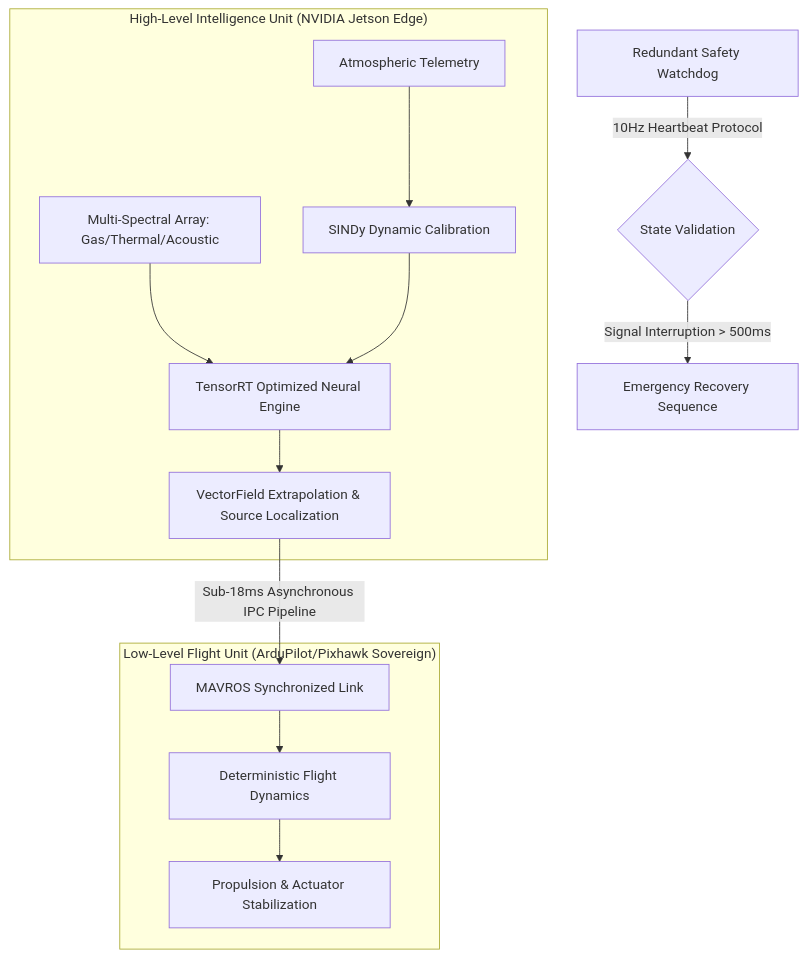
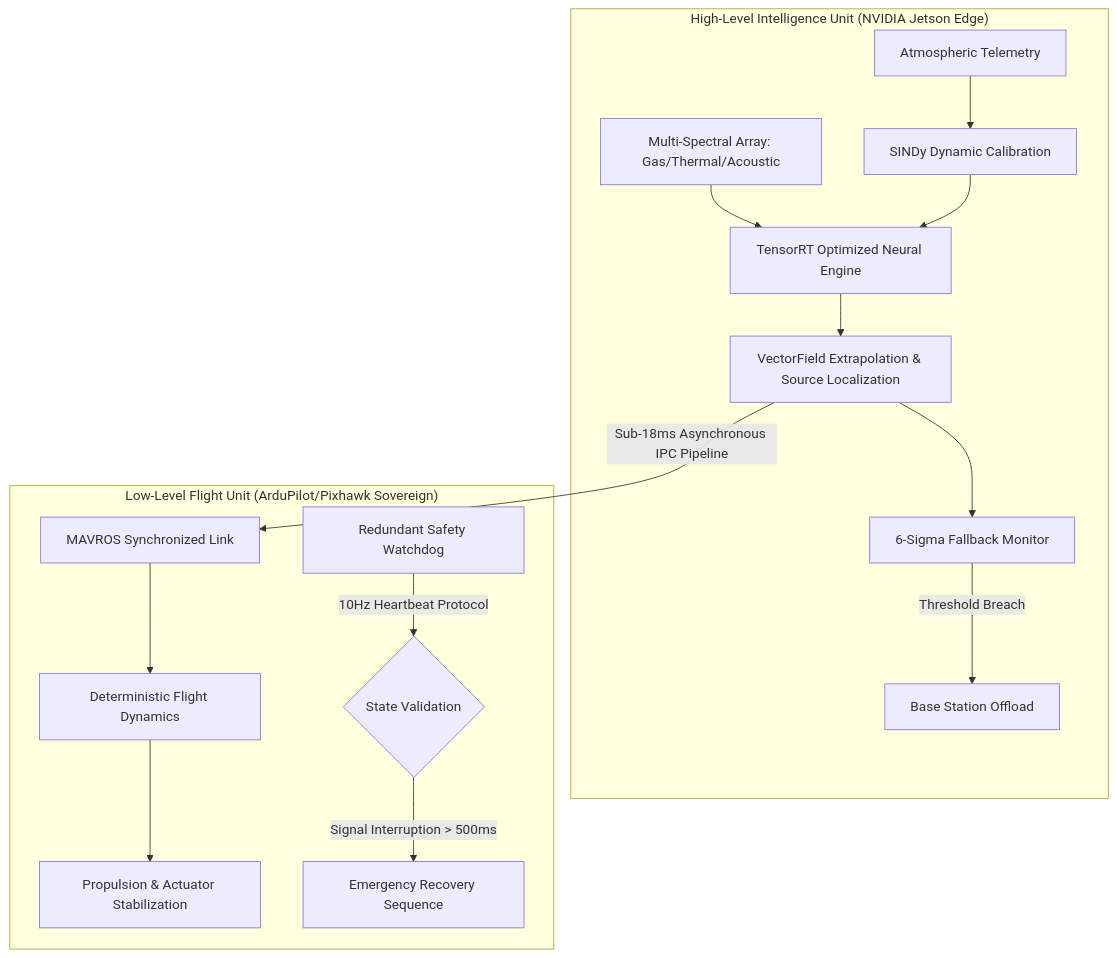
Before and after one commit to SourishSenapati/VECTORSENSE: the diagram in README.md, drawn with Mermaid. The commit also changed other lines of this file and 8 other files, not shown here.

````diff
--- a/README.md
+++ b/README.md
@@ -27,18 +35,20 @@
 ```mermaid
 graph TD
     subgraph "High-Level Intelligence Unit (NVIDIA Jetson Edge)"
         A[Multi-Spectral Array: Gas/Thermal/Acoustic] --> B[TensorRT Optimized Neural Engine]
         C[Atmospheric Telemetry] --> D[SINDy Dynamic Calibration]
         D --> B
         B --> E[VectorField Extrapolation & Source Localization]
+        E --> L[6-Sigma Fallback Monitor]
+        L -- Threshold Breach --> M[Base Station Offload]
     end
 
     subgraph "Low-Level Flight Unit (ArduPilot/Pixhawk Sovereign)"
         F[MAVROS Synchronized Link] --> G[Deterministic Flight Dynamics]
         G --> H[Propulsion & Actuator Stabilization]
+        I[Redundant Safety Watchdog] -- 10Hz Heartbeat Protocol --> J{State Validation}
+        J -- Signal Interruption > 500ms --> K[Emergency Recovery Sequence]
     end
 
     E -- Sub-18ms Asynchronous IPC Pipeline --> F
-    I[Redundant Safety Watchdog] -- 10Hz Heartbeat Protocol --> J{State Validation}
-    J -- Signal Interruption > 500ms --> K[Emergency Recovery Sequence]
 ```
````
